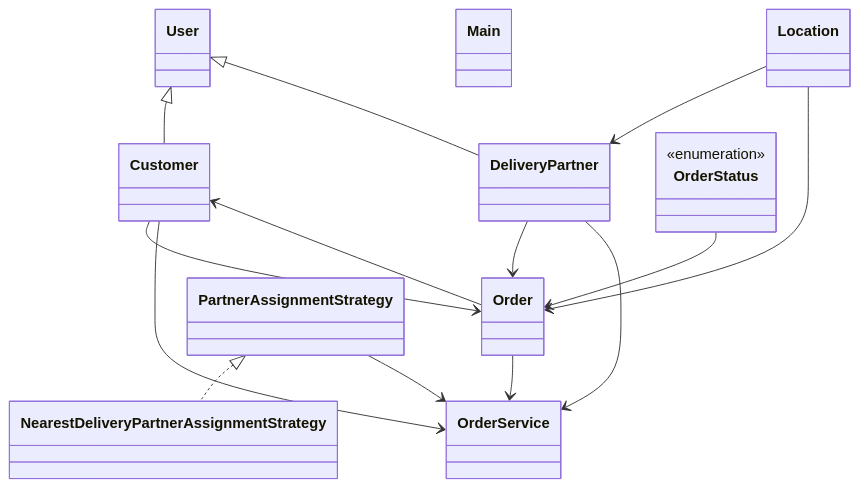
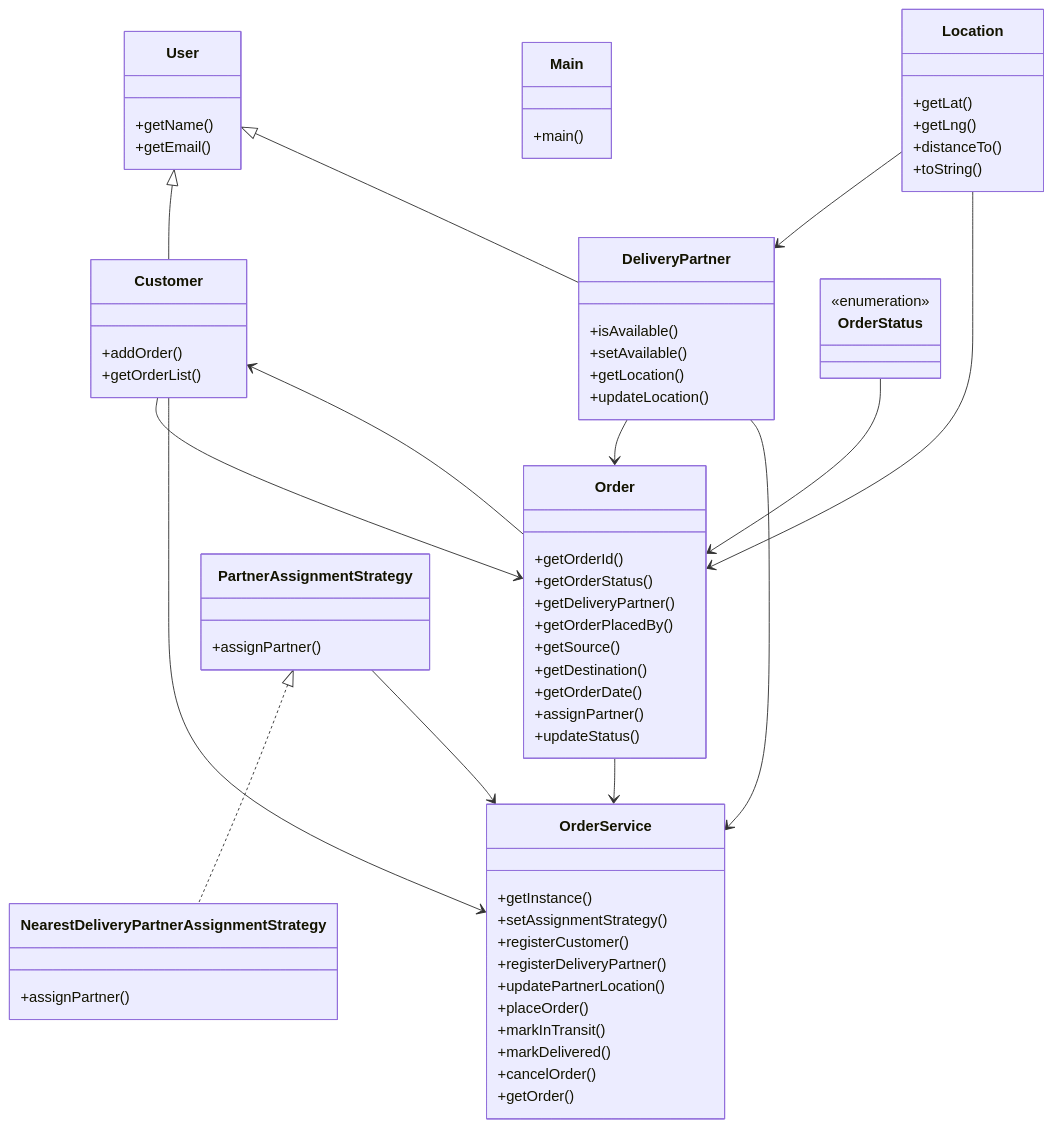
One commit to amanjaiswal30/dsa-solutions changed the diagram in questions/low_level_design/05_dunzo_delivery_system_lld.md. Above: the diagram before and after it, drawn with Mermaid. The commit also changed other lines of this file and 210 other files, not shown here.

````diff
--- a/questions/low_level_design/05_dunzo_delivery_system_lld.md
+++ b/questions/low_level_design/05_dunzo_delivery_system_lld.md
@@ -52,28 +52,71 @@
 ```mermaid
 classDiagram
-    class Customer
-    class DeliveryPartner
-    class Location
-    class Main
-    class NearestDeliveryPartnerAssignmentStrategy
-    class Order
-    class OrderService
+    class Customer {
+        +addOrder()
+        +getOrderList()
+    }
+    class DeliveryPartner {
+        +isAvailable()
+        +setAvailable()
+        +getLocation()
+        +updateLocation()
+    }
+    class Location {
+        +getLat()
+        +getLng()
+        +distanceTo()
+        +toString()
+    }
+    class Main {
+        +main()
+    }
+    class NearestDeliveryPartnerAssignmentStrategy {
+        +assignPartner()
+    }
+    class Order {
+        +getOrderId()
+        +getOrderStatus()
+        +getDeliveryPartner()
+        +getOrderPlacedBy()
+        +getSource()
+        +getDestination()
+        +getOrderDate()
+        +assignPartner()
+        +updateStatus()
+    }
+    class OrderService {
+        +getInstance()
+        +setAssignmentStrategy()
+        +registerCustomer()
+        +registerDeliveryPartner()
+        +updatePartnerLocation()
+        +placeOrder()
+        +markInTransit()
+        +markDelivered()
+        +cancelOrder()
+        +getOrder()
+    }
     class OrderStatus {
         <<enumeration>>
     }
-    class PartnerAssignmentStrategy
-    class User
+    class PartnerAssignmentStrategy {
+        +assignPartner()
+    }
+    class User {
+        +getName()
+        +getEmail()
+    }
     User <|-- Customer
     User <|-- DeliveryPartner
     PartnerAssignmentStrategy <|.. NearestDeliveryPartnerAssignmentStrategy
     Order --> Customer
     Location --> DeliveryPartner
     Customer --> Order
     DeliveryPartner --> Order
     Location --> Order
     OrderStatus --> Order
     Customer --> OrderService
     DeliveryPartner --> OrderService
     Order --> OrderService
     PartnerAssignmentStrategy --> OrderService
 ```
````
